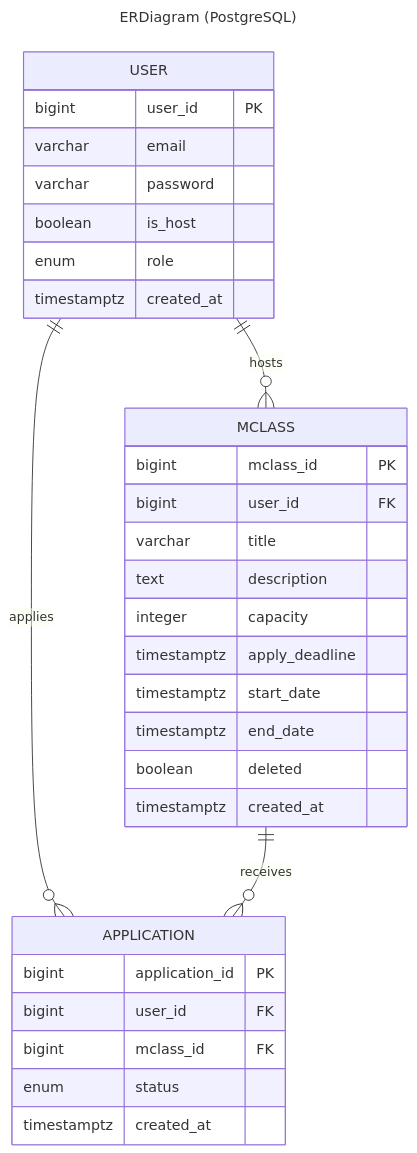
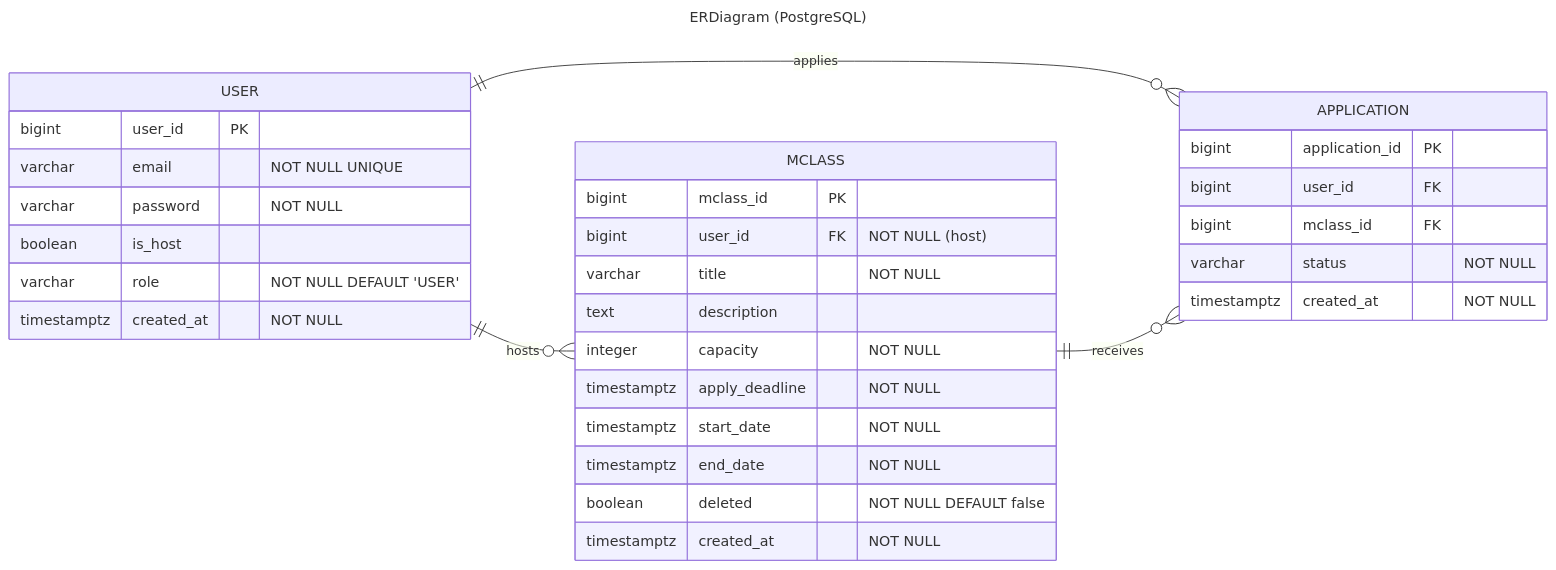
One commit to jehyuck/miniintern changed the diagram in README.md. Above: the diagram before and after it, drawn with Mermaid.

Commit message:
docs: erd 배치 및 기본 제약조건 기입
- 간단한 unique조건과 Not Null 제약조건 기입
- 배치를 세로 -> 가로로 변경

````diff
--- a/README.md
+++ b/README.md
@@ -135,39 +135,40 @@
 ```mermaid
 ---
 title : ERDiagram (PostgreSQL)
 ---
 erDiagram
-    USER ||--o{ APPLICATION : "applies"
-    MCLASS ||--o{ APPLICATION : "receives"
-    USER ||--o{ MCLASS : "hosts"
+   direction LR
+   USER ||--o{ APPLICATION : "applies"
+   MCLASS ||--o{ APPLICATION : "receives"
+   USER ||--o{ MCLASS : "hosts"
 
-    USER {
-        bigint user_id PK
-        varchar email
-        varchar password
-        boolean is_host
-        enum role
-        timestamptz created_at
-    }
+   USER {
+      bigint user_id PK
+      varchar email "NOT NULL UNIQUE"
+      varchar password "NOT NULL"
+      boolean is_host
+      varchar role "NOT NULL DEFAULT 'USER'"
+      timestamptz created_at "NOT NULL"
+   }
 
-    MCLASS {
-        bigint mclass_id PK
-        bigint user_id FK
-        varchar title
-        text description
-        integer capacity
-        timestamptz apply_deadline
-        timestamptz start_date
-        timestamptz end_date
-        boolean deleted
-        timestamptz created_at
-    }
+   MCLASS {
+      bigint mclass_id PK
+      bigint user_id FK "NOT NULL (host)"
+      varchar title "NOT NULL"
+      text description
+      integer capacity "NOT NULL"
+      timestamptz apply_deadline "NOT NULL"
+      timestamptz start_date "NOT NULL"
+      timestamptz end_date "NOT NULL"
+      boolean deleted "NOT NULL DEFAULT false"
+      timestamptz created_at "NOT NULL"
+   }
 
-    APPLICATION {
-        bigint application_id PK
-        bigint user_id FK
-        bigint mclass_id FK
-        enum status
-        timestamptz created_at
-    }
+   APPLICATION {
+      bigint application_id PK
+      bigint user_id FK
+      bigint mclass_id FK
+      varchar status "NOT NULL"
+      timestamptz created_at "NOT NULL"
+   }
 ```
````
